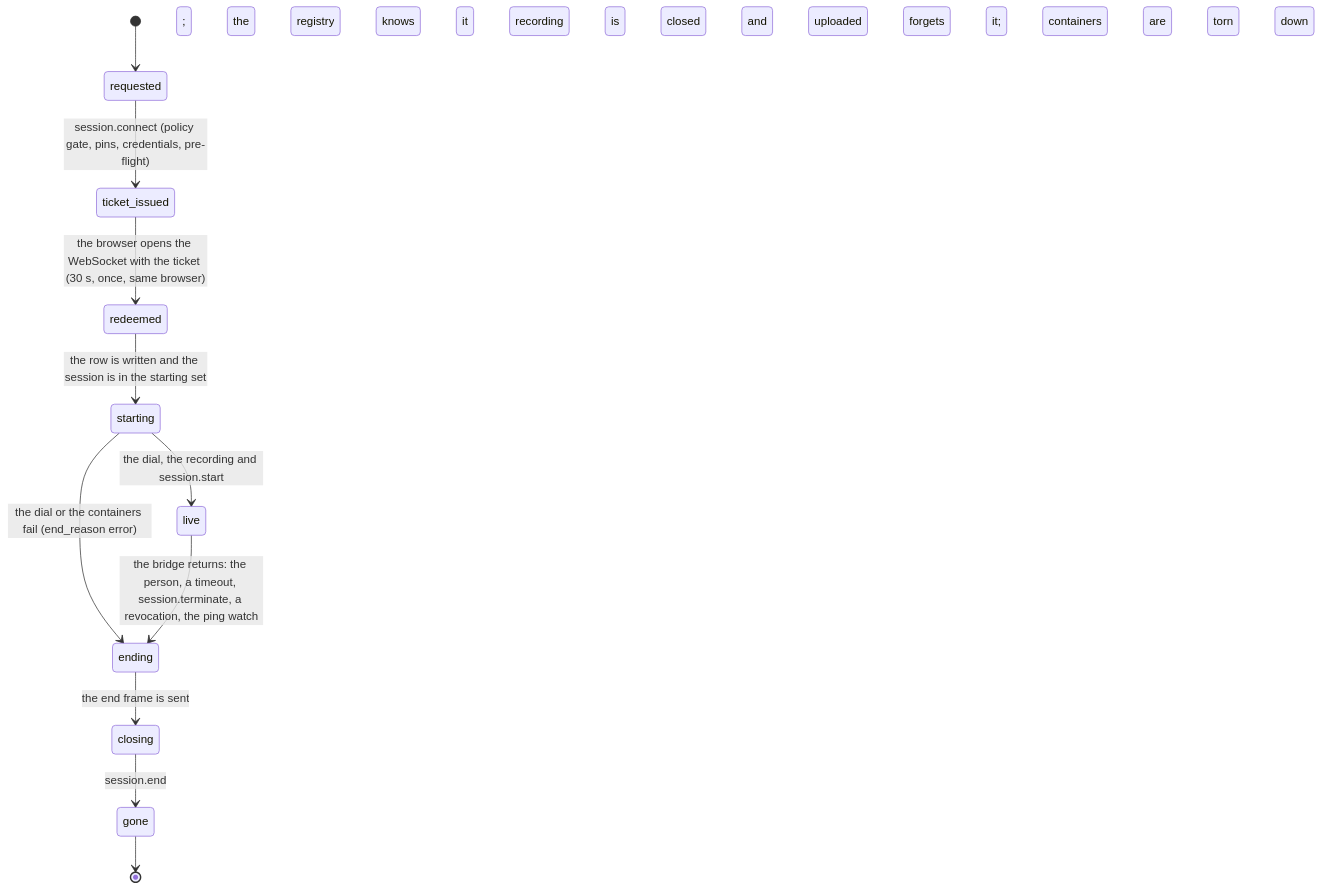
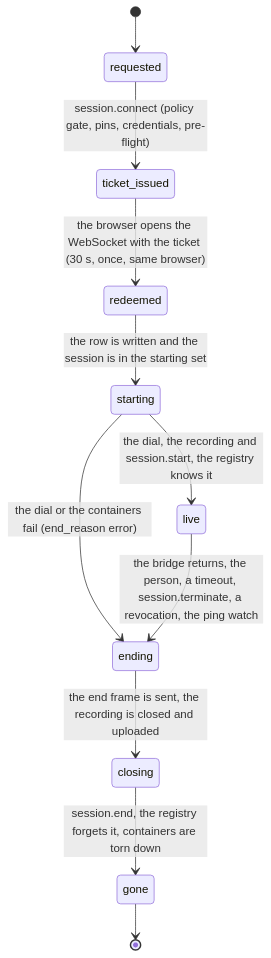
Before and after one commit to albatroxxx/zanskar: diagram 14 of 23 in docs/lifecycles.md, drawn with Mermaid. The commit also changed other lines of this file and 2 other files, not shown here.

````diff
--- a/docs/lifecycles.md
+++ b/docs/lifecycles.md
@@ -278,13 +385,13 @@
 ```mermaid
 stateDiagram-v2
     [*] --> requested
     requested --> ticket_issued: session.connect (policy gate, pins, credentials, pre-flight)
     ticket_issued --> redeemed: the browser opens the WebSocket with the ticket (30 s, once, same browser)
     redeemed --> starting: the row is written and the session is in the starting set
-    starting --> live: the dial, the recording and session.start; the registry knows it
+    starting --> live: the dial, the recording and session.start, the registry knows it
     starting --> ending: the dial or the containers fail (end_reason error)
-    live --> ending: the bridge returns: the person, a timeout, session.terminate, a revocation, the ping watch
-    ending --> closing: the end frame is sent; the recording is closed and uploaded
-    closing --> gone: session.end; the registry forgets it; containers are torn down
+    live --> ending: the bridge returns, the person, a timeout, session.terminate, a revocation, the ping watch
+    ending --> closing: the end frame is sent, the recording is closed and uploaded
+    closing --> gone: session.end, the registry forgets it, containers are torn down
     gone --> [*]
 ```
````
